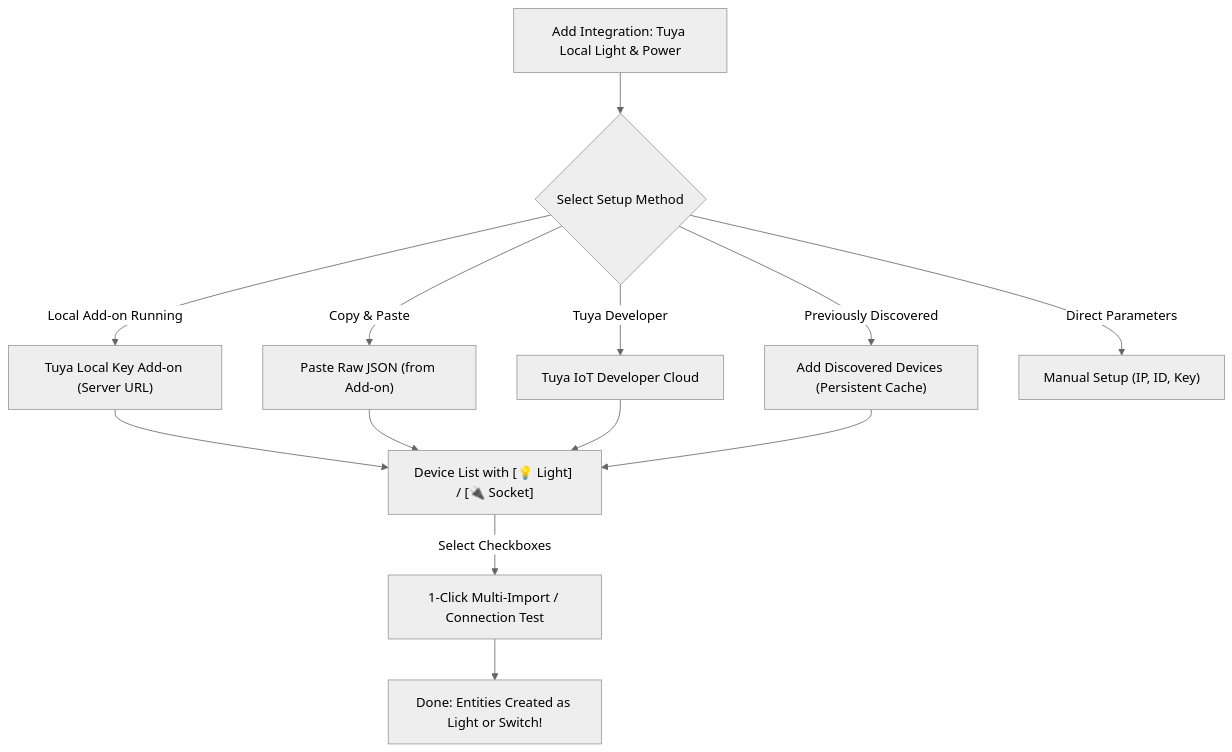
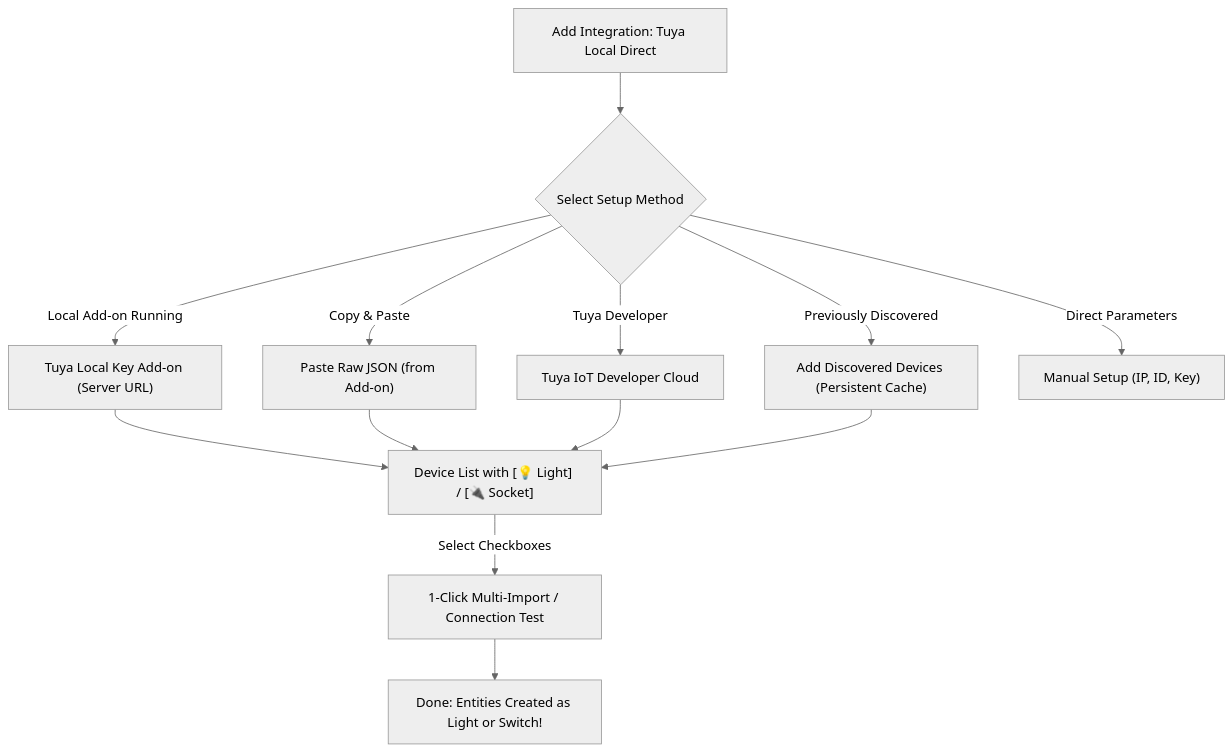
One commit to kahel-soft/tuya-lamp-local changed the diagram in README.md. Above: the diagram before and after it, drawn with Mermaid (neutral theme). The commit also changed other lines of this file and 3 other files, not shown here.

Commit message:
feat: rename to Tuya Local Direct, add info.md for compact Home Assistant HACS view

````diff
--- a/README.md
+++ b/README.md
@@ -73,17 +73,17 @@
 ```mermaid
 flowchart TD
-    Start["Add Integration: Tuya Local Light & Power"] --> Choice{"Select Setup Method"}
+    Start["Add Integration: Tuya Local Direct"] --> Choice{"Select Setup Method"}
     Choice -->|"Previously Discovered"| Cached["Add Discovered Devices (Persistent Cache)"]
     Choice -->|"Local Add-on Running"| Server["Tuya Local Key Add-on (Server URL)"]
     Choice -->|"Copy & Paste"| JSON["Paste Raw JSON (from Add-on)"]
     Choice -->|"Tuya Developer"| Cloud["Tuya IoT Developer Cloud"]
     Choice -->|"Direct Parameters"| Manual["Manual Setup (IP, ID, Key)"]
 
     Server --> Multi["Device List with [💡 Light] / [🔌 Socket]"]
     JSON --> Multi
     Cloud --> Multi
     Cached --> Multi
 
     Multi -->|Select Checkboxes| Import["1-Click Multi-Import / Connection Test"]
     Import --> Ready["Done: Entities Created as Light or Switch!"]
 ```
````
